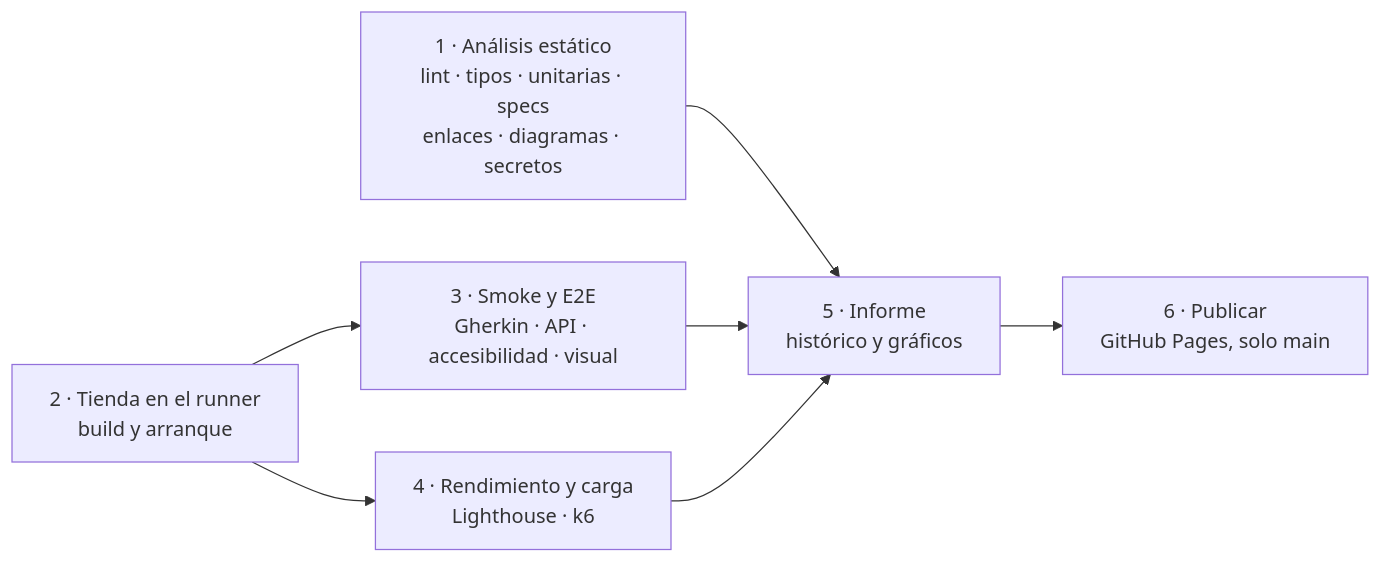
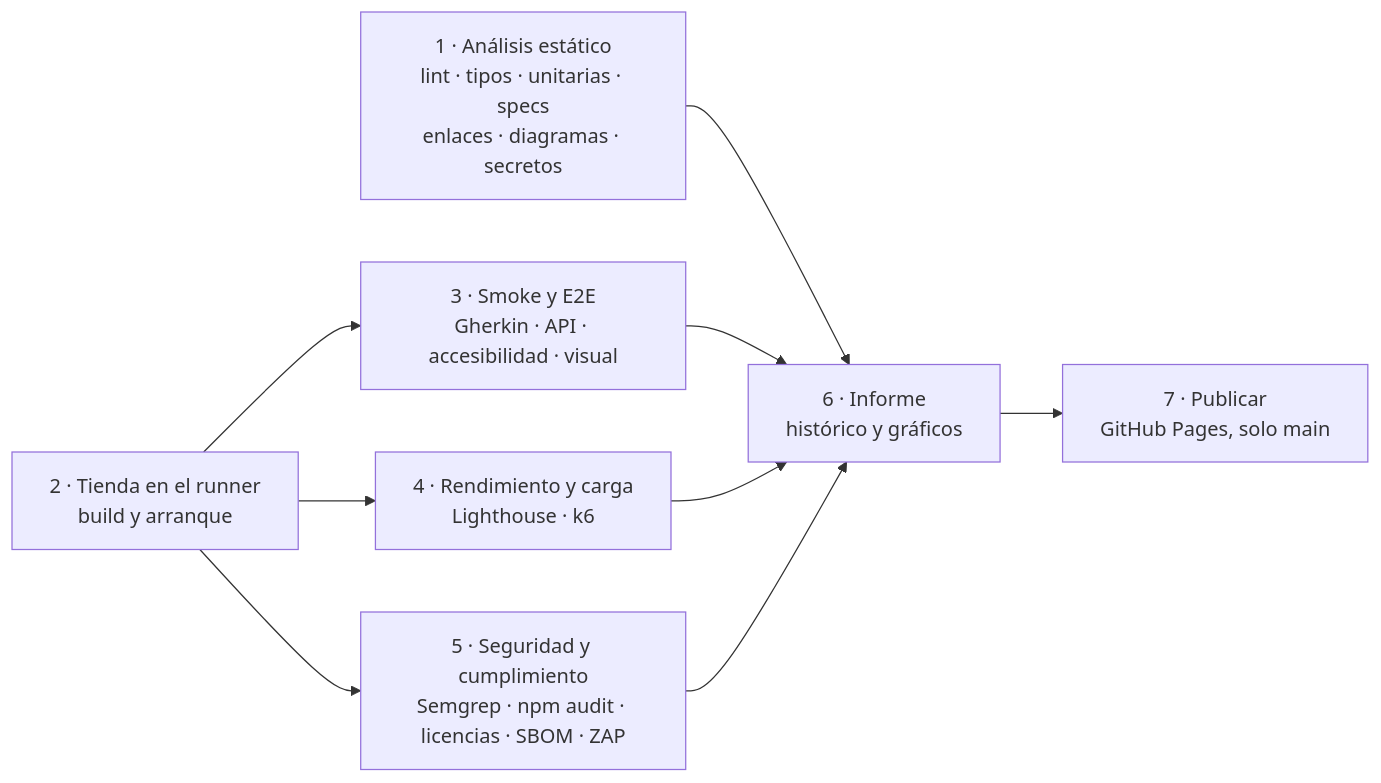
The second of 3 diagrams in README.md (tonyfht/qa-agentic-lab), drawn with Mermaid before and after one commit. The commit also changed 44 other files, not shown here.

Commit message:
wip(qal-007): seguridad y cumplimiento antes de la primera ejecución en CI

````diff
--- a/README.md
+++ b/README.md
@@ -84,9 +84,11 @@
 ```mermaid
 flowchart LR
   A["1 · Análisis estático<br/>lint · tipos · unitarias · specs<br/>enlaces · diagramas · secretos"] --> D
   B["2 · Tienda en el runner<br/>build y arranque"] --> E["3 · Smoke y E2E<br/>Gherkin · API · accesibilidad · visual"]
   B --> P["4 · Rendimiento y carga<br/>Lighthouse · k6"]
-  E --> D["5 · Informe<br/>histórico y gráficos"]
+  B --> S["5 · Seguridad y cumplimiento<br/>Semgrep · npm audit · licencias · SBOM · ZAP"]
+  E --> D["6 · Informe<br/>histórico y gráficos"]
   P --> D
-  D --> F["6 · Publicar<br/>GitHub Pages, solo main"]
+  S --> D
+  D --> F["7 · Publicar<br/>GitHub Pages, solo main"]
 ```
````
